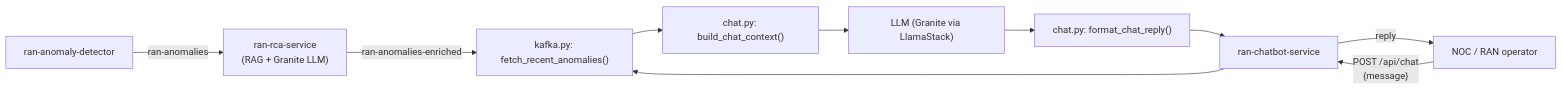
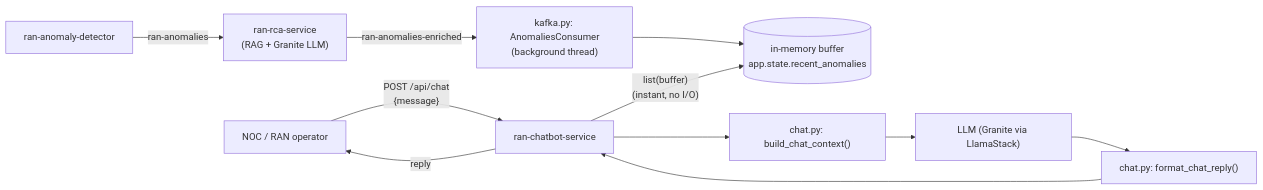
Before and after one commit to mtalvi/ai-driven-network-remediation: the third of 3 diagrams in docs/telco-oran-anomaly-detection.md, drawn with Mermaid. The commit also changed other lines of this file and 13 other files, not shown here.

````diff
--- a/docs/telco-oran-anomaly-detection.md
+++ b/docs/telco-oran-anomaly-detection.md
@@ -357,12 +363,13 @@
 ```mermaid
 flowchart LR
     detector["ran-anomaly-detector"] -->|"ran-anomalies"| rca["ran-rca-service\n(RAG + Granite LLM)"]
-    rca -->|"ran-anomalies-enriched"| fetch["kafka.py: fetch_recent_anomalies()"]
+    rca -->|"ran-anomalies-enriched"| consumer["kafka.py: AnomaliesConsumer\n(background thread)"]
+    consumer --> buffer[("in-memory buffer\napp.state.recent_anomalies")]
     operator["NOC / RAN operator"] -->|"POST /api/chat\n{message}"| bff["ran-chatbot-service"]
-    bff --> fetch
-    fetch --> ctx["chat.py: build_chat_context()"]
+    bff -->|"list(buffer)\n(instant, no I/O)"| buffer
+    bff --> ctx["chat.py: build_chat_context()"]
     ctx --> llm["LLM (Granite via LlamaStack)"]
     llm --> fmt["chat.py: format_chat_reply()"]
     fmt --> bff
     bff -->|"reply"| operator
 ```
````
